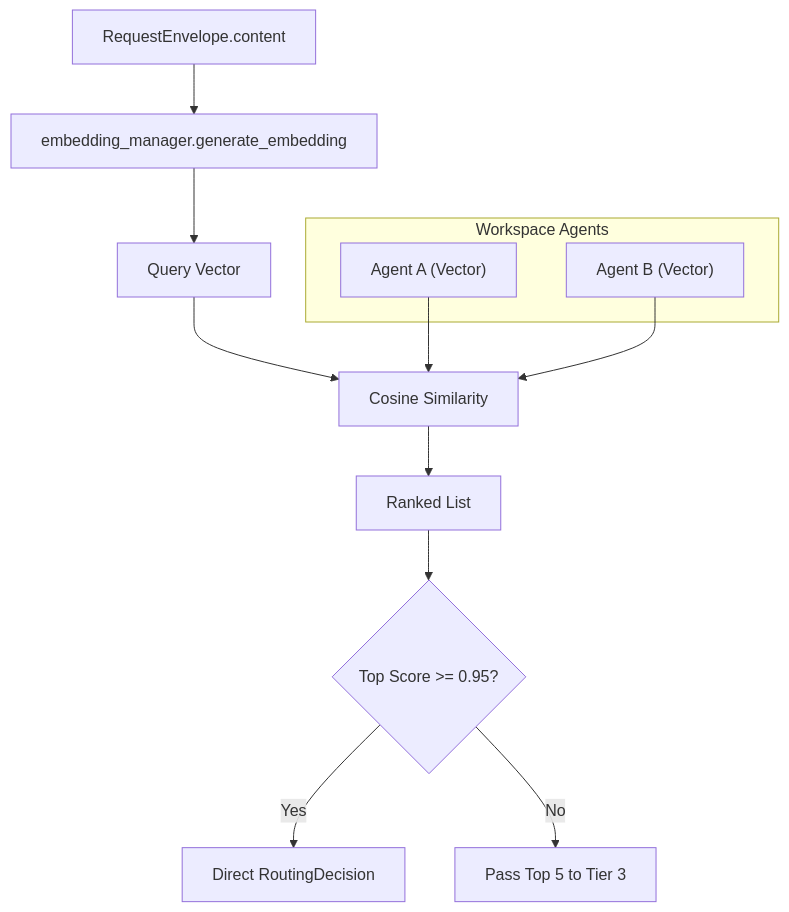
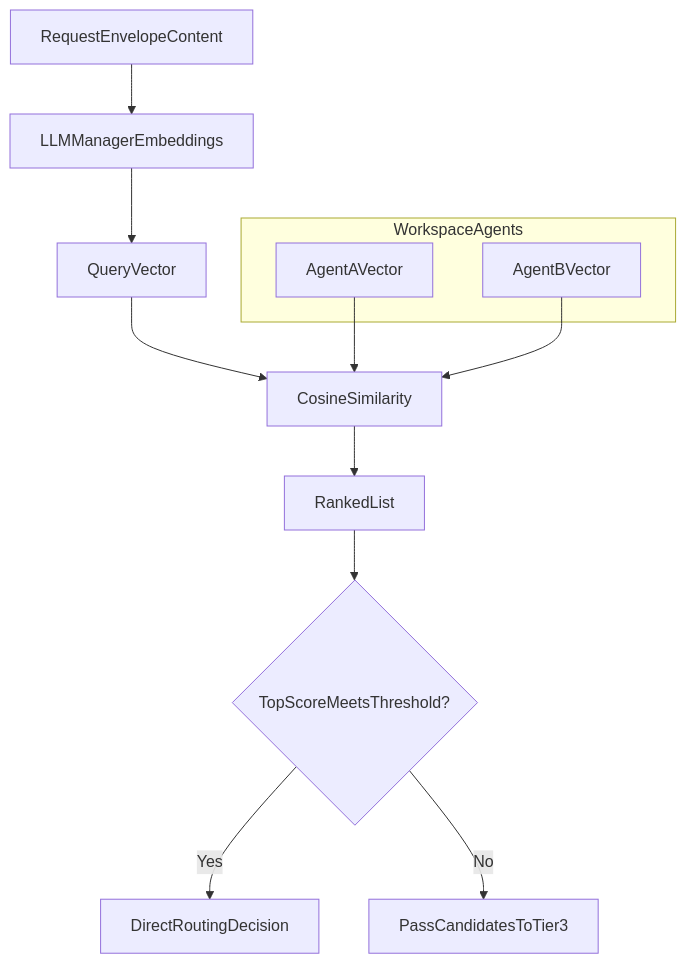
One commit to AutomatosAI/automatos-ai changed the third of 4 diagrams in docs/universal-router/tier-25-semantic-similarity.md. Above: the diagram before and after it, drawn with Mermaid. The commit also changed other lines of this file and 191 other files, not shown here.

````diff
--- a/docs/universal-router/tier-25-semantic-similarity.md
+++ b/docs/universal-router/tier-25-semantic-similarity.md
@@ -131,20 +145,20 @@
 ```mermaid
 flowchart TB
-    Query["RequestEnvelope.content"] --> Embed["embedding_manager.generate_embedding"]
-    Embed --> QueryVec["Query Vector"]
+    Query["RequestEnvelopeContent"] --> Embed["LLMManagerEmbeddings"]
+    Embed --> QueryVec["QueryVector"]
     
-    subgraph "Workspace Agents"
-        A1["Agent A (Vector)"]
-        A2["Agent B (Vector)"]
+    subgraph "WorkspaceAgents"
+        A1["AgentAVector"]
+        A2["AgentBVector"]
     end
     
-    QueryVec --> Sim["Cosine Similarity"]
+    QueryVec --> Sim["CosineSimilarity"]
     A1 --> Sim
     A2 --> Sim
     
-    Sim --> Scores["Ranked List"]
+    Sim --> Scores["RankedList"]
     
-    Scores --> Direct{"Top Score >= 0.95?"}
-    Direct -->|"Yes"| Route["Direct RoutingDecision"]
-    Direct -->|"No"| Candidates["Pass Top 5 to Tier 3"]
+    Scores --> Direct{"TopScoreMeetsThreshold?"}
+    Direct -->|"Yes"| Route["DirectRoutingDecision"]
+    Direct -->|"No"| Candidates["PassCandidatesToTier3"]
 ```
````
